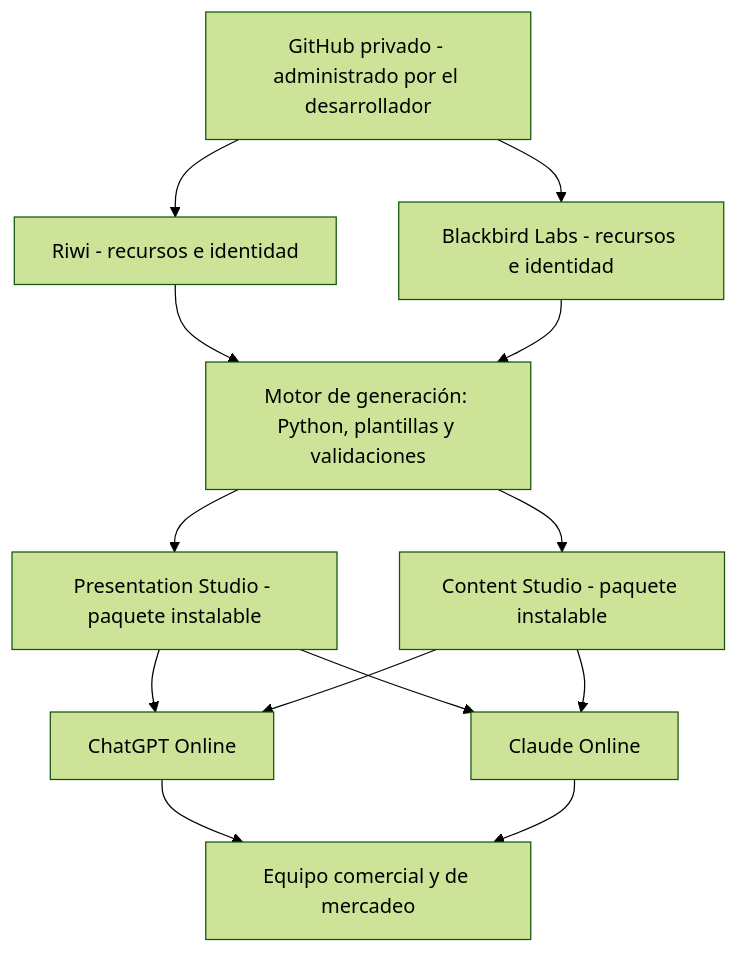
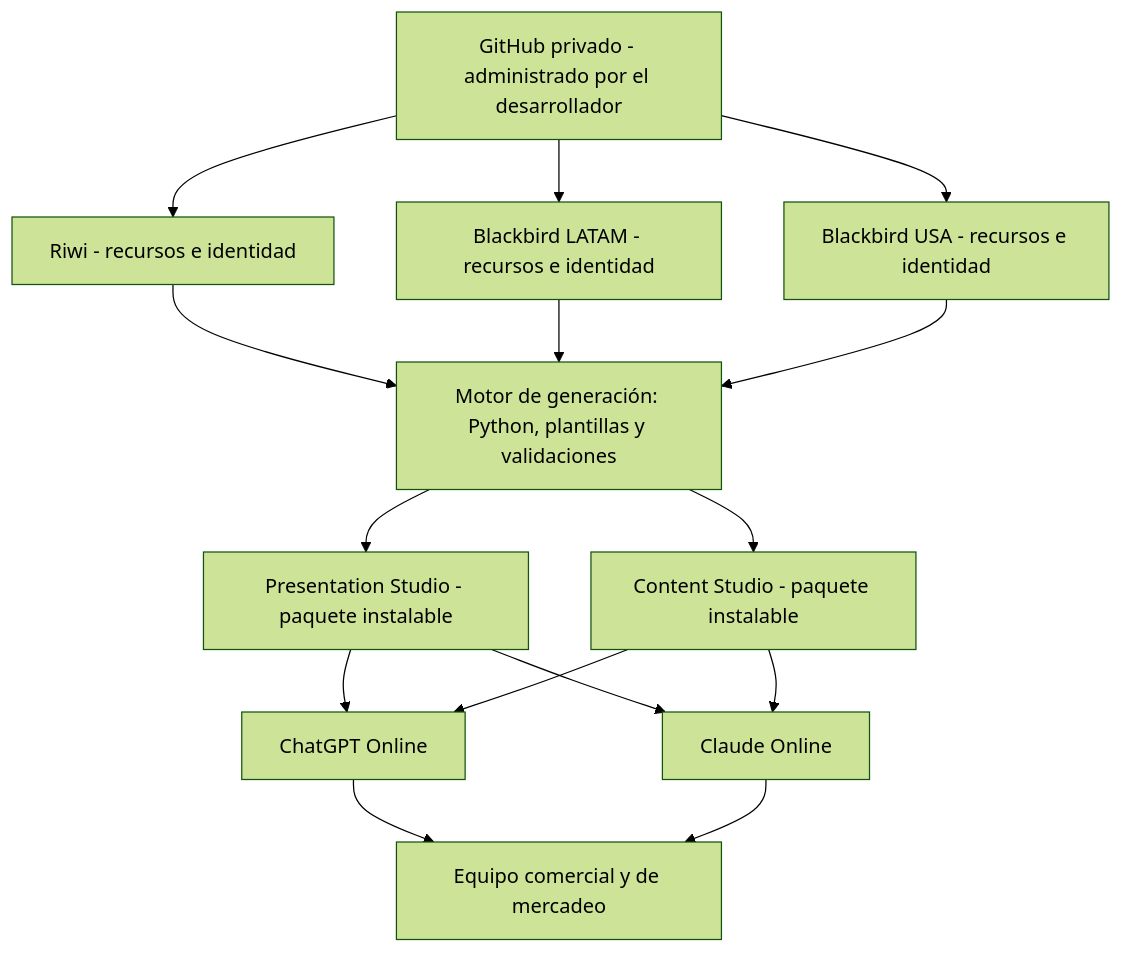
Before and after one commit to DiegoMoralesRiwi/content-creator: the diagram in docs/plan-de-trabajo.md, drawn with Mermaid (forest theme). The commit also changed other lines of this file and 7 other files, not shown here.

````diff
--- a/docs/plan-de-trabajo.md
+++ b/docs/plan-de-trabajo.md
@@ -25,15 +25,17 @@
 ```mermaid
 flowchart TD
     A[GitHub privado - administrado por el desarrollador] --> B[Riwi - recursos e identidad]
-    A --> C[Blackbird Labs - recursos e identidad]
+    A --> C[Blackbird LATAM - recursos e identidad]
+    A --> C2[Blackbird USA - recursos e identidad]
     B --> D[Motor de generación: Python, plantillas y validaciones]
     C --> D
+    C2 --> D
     D --> E[Presentation Studio - paquete instalable]
     D --> F[Content Studio - paquete instalable]
     E --> G[ChatGPT Online]
     E --> H[Claude Online]
     F --> G
     F --> H
     G --> I[Equipo comercial y de mercadeo]
     H --> I
 ```
````
